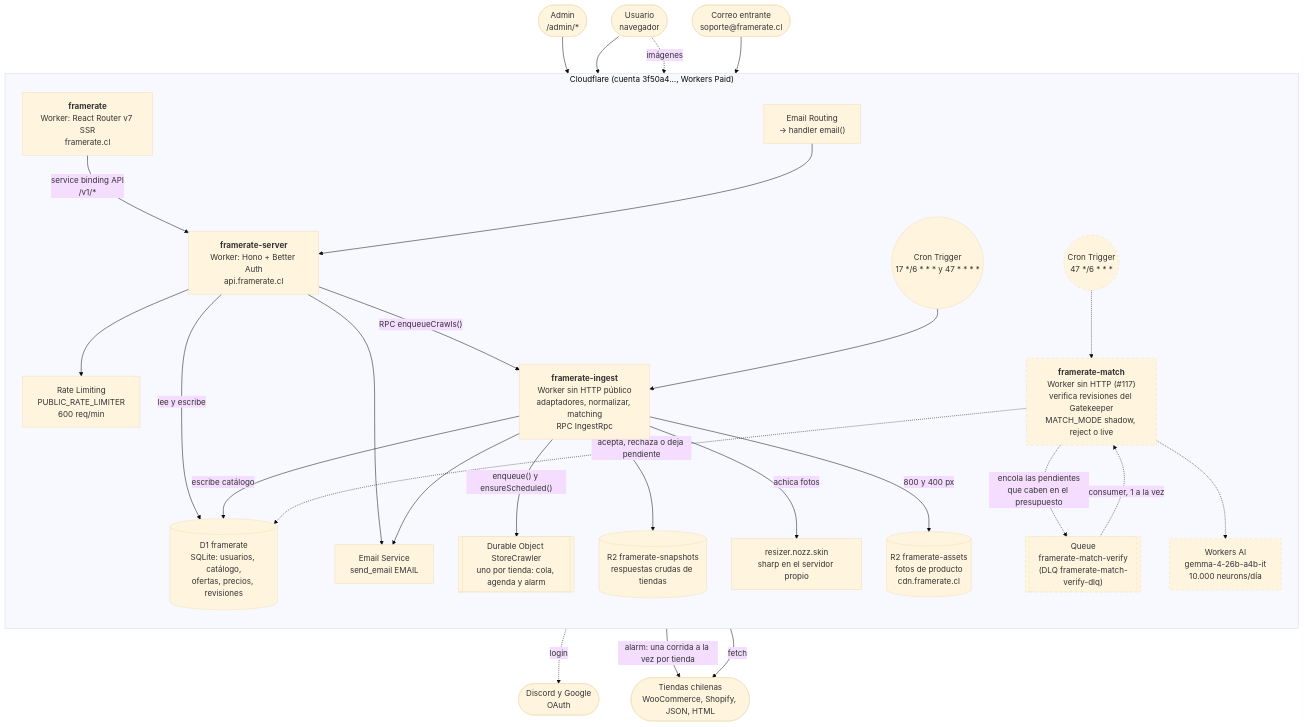
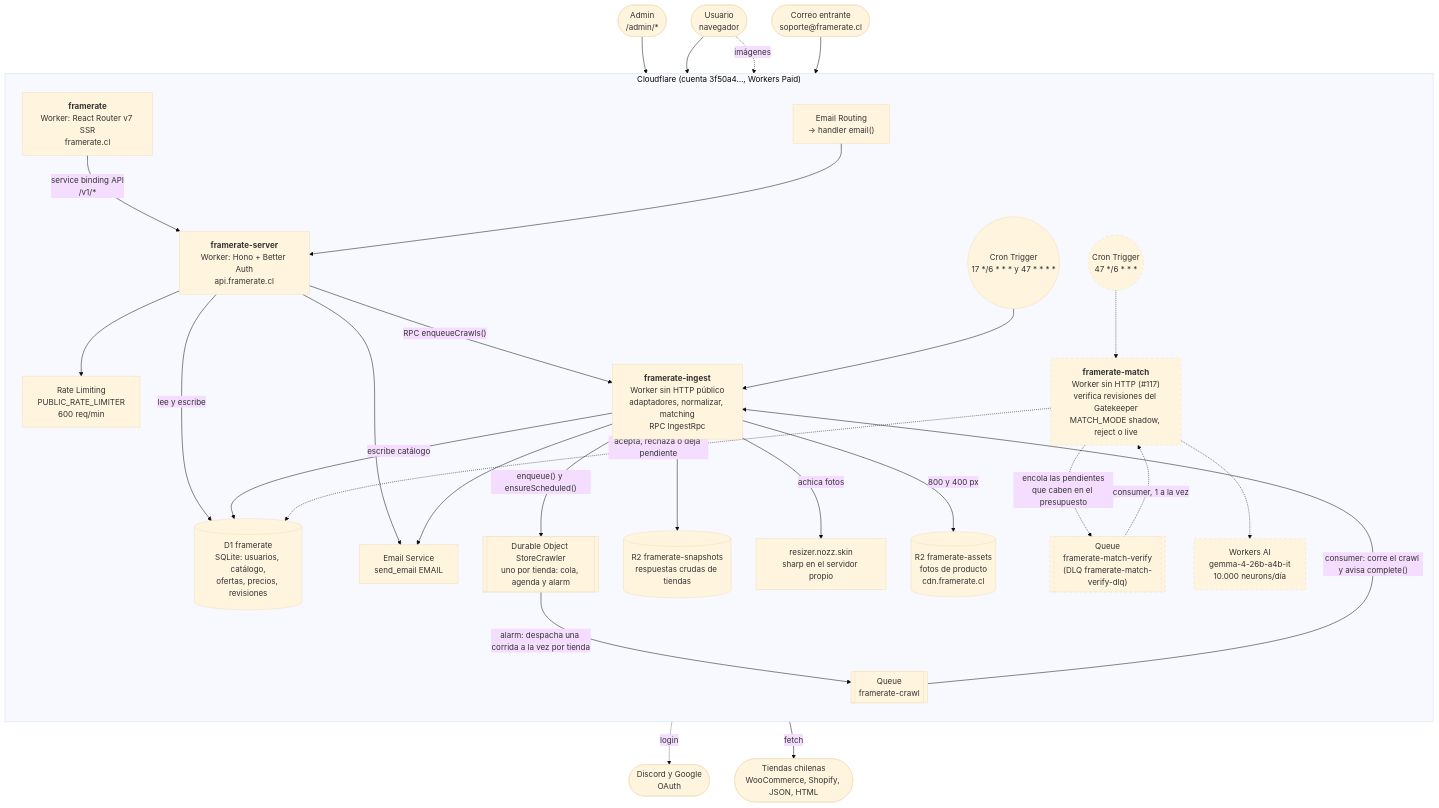
The first of 2 diagrams in docs/architecture.md (valentin-marquez/framerate), drawn with Mermaid (base theme) before and after one commit. The commit also changed other lines of this file and 8 other files, not shown here.

First line of the commit message:
feat(ingest): el StoreCrawler despacha cada crawl a la cola framerate-crawl en vez de correrlo en su alarm (#237)

````diff
--- a/docs/architecture.md
+++ b/docs/architecture.md
@@ -31,63 +31,65 @@
 ```mermaid
 flowchart TB
   user(["Usuario<br/>navegador"])
   admin(["Admin<br/>/admin/*"])
   mail(["Correo entrante<br/>soporte@framerate.cl"])
   stores(["Tiendas chilenas<br/>WooCommerce, Shopify, JSON, HTML"])
   oauth(["Discord y Google<br/>OAuth"])
 
   subgraph CF["Cloudflare (cuenta 3f50a4…, Workers Paid)"]
     direction TB
 
     web["<b>framerate</b><br/>Worker: React Router v7 SSR<br/>framerate.cl"]
 
     server["<b>framerate-server</b><br/>Worker: Hono + Better Auth<br/>api.framerate.cl"]
     rl["Rate Limiting<br/>PUBLIC_RATE_LIMITER<br/>600 req/min"]
     emailRouting["Email Routing<br/>→ handler email()"]
     emailSend["Email Service<br/>send_email EMAIL"]
 
     cron(("Cron Trigger<br/>17 */6 * * * y 47 * * * *"))
     crawler[["Durable Object StoreCrawler<br/>uno por tienda: cola, agenda y alarm"]]
+    crawlQ[["Queue<br/>framerate-crawl"]]
     ingest["<b>framerate-ingest</b><br/>Worker sin HTTP público<br/>adaptadores, normalizar, matching<br/>RPC IngestRpc"]
     resizer["resizer.nozz.skin<br/>sharp en el servidor propio"]
 
     d1[("D1 framerate<br/>SQLite: usuarios, catálogo,<br/>ofertas, precios, revisiones")]
     snap[("R2 framerate-snapshots<br/>respuestas crudas de tiendas")]
     assets[("R2 framerate-assets<br/>fotos de producto<br/>cdn.framerate.cl")]
 
     matchCron(("Cron Trigger<br/>47 */6 * * *"))
     matchQ[["Queue<br/>framerate-match-verify<br/>(DLQ framerate-match-verify-dlq)"]]
     match["<b>framerate-match</b><br/>Worker sin HTTP (#117)<br/>verifica revisiones del Gatekeeper<br/>MATCH_MODE shadow, reject o live"]
     ai["Workers AI<br/>gemma-4-26b-a4b-it<br/>10.000 neurons/día"]
   end
 
   user --> web
   admin --> web
   web -- "service binding API<br/>/v1/*" --> server
   server --> rl
   server -- "lee y escribe" --> d1
   server -- "RPC enqueueCrawls()" --> ingest
   server --> emailSend
   server -. "login" .-> oauth
   mail --> emailRouting --> server
 
   cron --> ingest
   ingest -- "enqueue() y ensureScheduled()" --> crawler
-  crawler -- "alarm: una corrida a la vez por tienda" --> stores
+  crawler -- "alarm: despacha una corrida a la vez por tienda" --> crawlQ
+  crawlQ -- "consumer: corre el crawl y avisa complete()" --> ingest
   ingest -- "fetch" --> stores
   ingest -- "escribe catálogo" --> d1
   ingest --> snap
   ingest -- "achica fotos" --> resizer
   ingest -- "800 y 400 px" --> assets
   ingest --> emailSend
   user -. "imágenes" .-> assets
 
   matchCron -.-> match
   match -. "encola las pendientes<br/>que caben en el presupuesto" .-> matchQ
   matchQ -. "consumer, 1 a la vez" .-> match
   match -.-> ai
   match -. "acepta, rechaza o deja pendiente" .-> d1
 
   classDef proposed stroke-dasharray: 5 5
   class matchCron,matchQ,match,ai proposed
 ```
````
